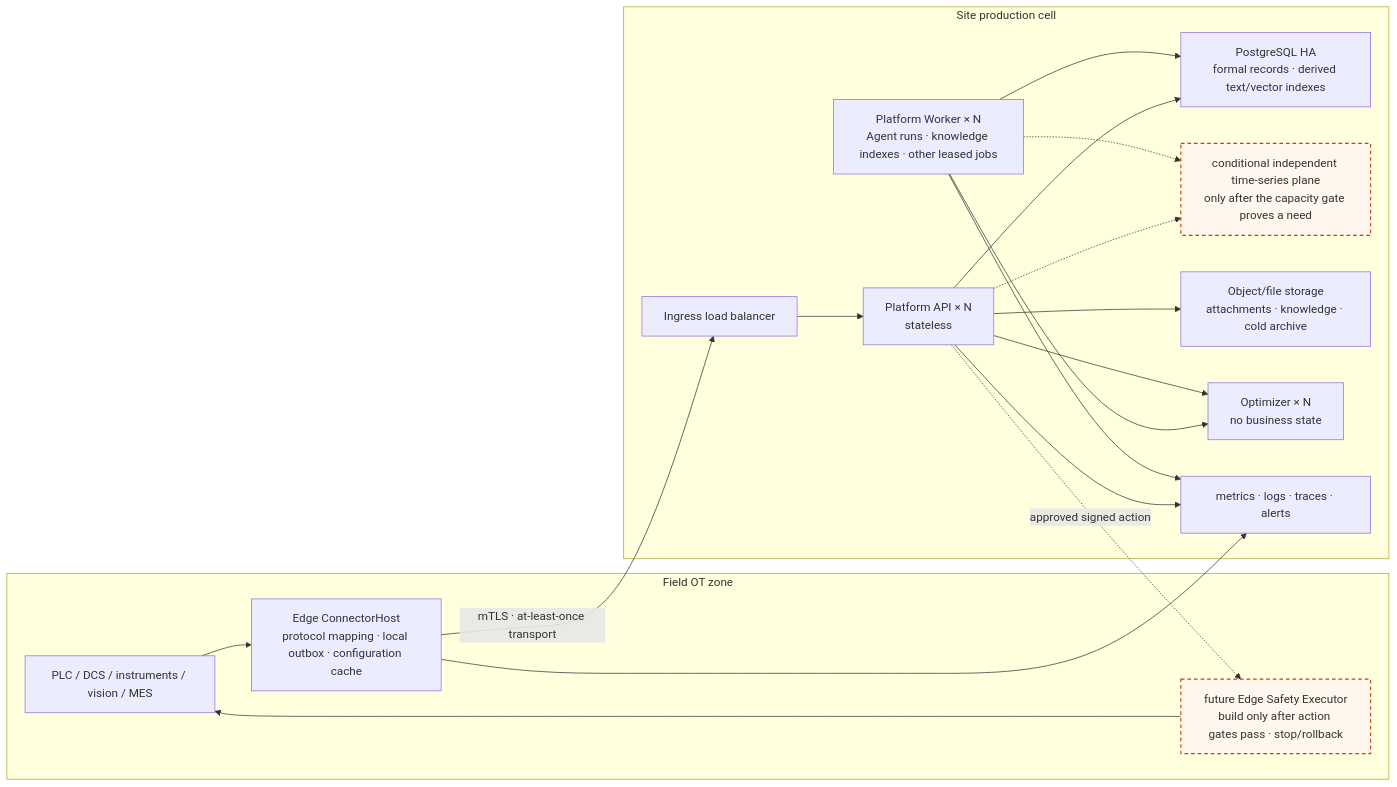
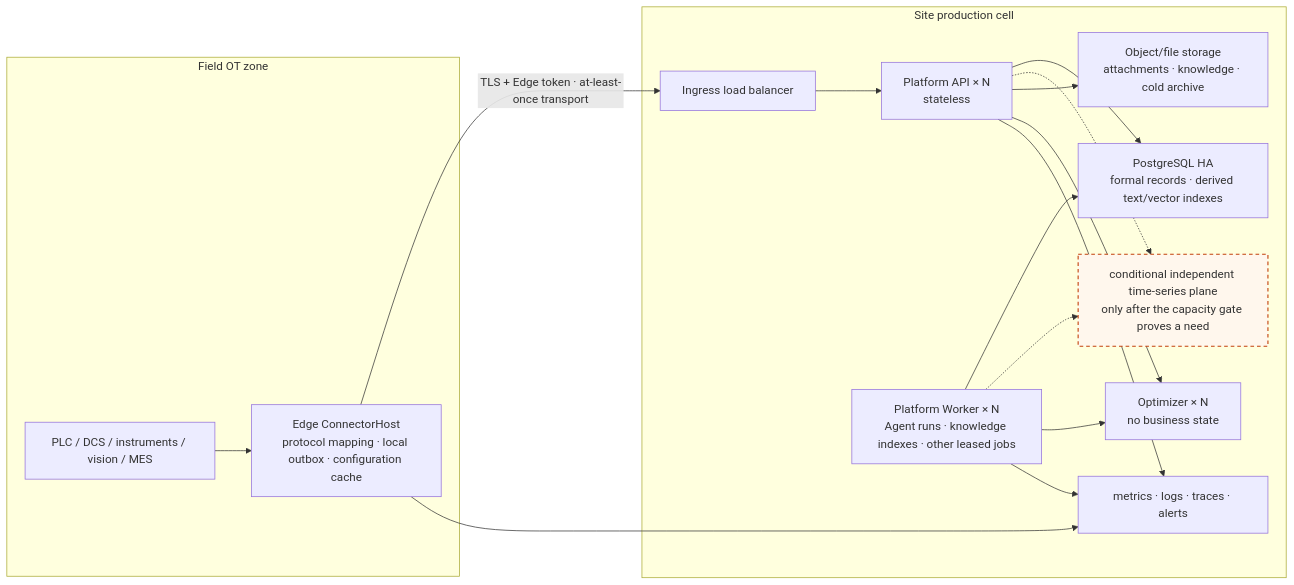
Before and after one commit to liuweichaox/Ingot: the diagram in docs/production-architecture.en.md, drawn with Mermaid. The commit also changed other lines of this file and 6 other files, not shown here.

First line of the commit message:
Refresh docs and production architecture

````diff
--- a/docs/production-architecture.en.md
+++ b/docs/production-architecture.en.md
@@ -74,37 +76,34 @@
 ```mermaid
 flowchart LR
     subgraph OT["Field OT zone"]
         Sources["PLC / DCS / instruments / vision / MES"]
         Edge["Edge ConnectorHost\nprotocol mapping · local outbox · configuration cache"]
-        Safety["future Edge Safety Executor\nbuild only after action gates pass · stop/rollback"]
         Sources --> Edge
-        Safety --> Sources
     end
 
     subgraph Cell["Site production cell"]
         LB["Ingress load balancer"]
         Api["Platform API × N\nstateless"]
         Worker["Platform Worker × N\nAgent runs · knowledge indexes · other leased jobs"]
         Control["PostgreSQL HA\nformal records · derived text/vector indexes"]
         Series["conditional independent time-series plane\nonly after the capacity gate proves a need"]
         Files["Object/file storage\nattachments · knowledge · cold archive"]
         Optimizer["Optimizer × N\nno business state"]
         Observe["metrics · logs · traces · alerts"]
         LB --> Api
         Api --> Control
         Api -.-> Series
         Api --> Files
         Worker --> Control
         Worker -.-> Series
         Worker --> Optimizer
         Api --> Optimizer
         Api --> Observe
         Worker --> Observe
     end
 
-    Edge -->|"mTLS · at-least-once transport"| LB
-    Api -. "approved signed action" .-> Safety
+    Edge -->|"TLS + Edge token · at-least-once transport"| LB
     Edge --> Observe
     classDef future fill:#FFF7ED,stroke:#C2410C,stroke-width:1.5px,stroke-dasharray:5 4
-    class Safety,Series future
+    class Series future
 ```
````
